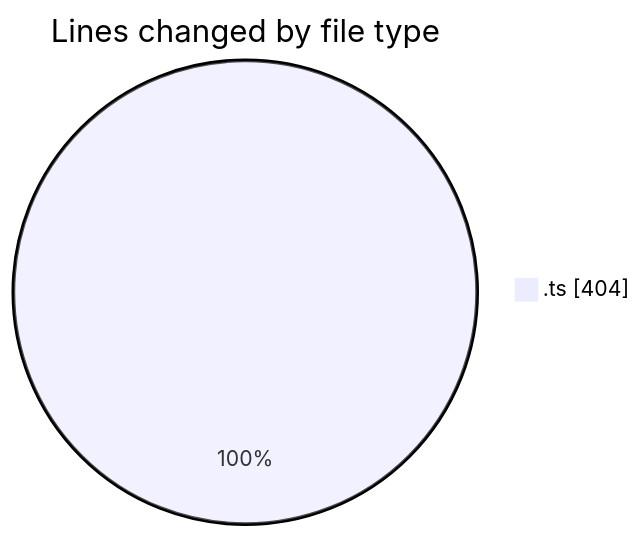
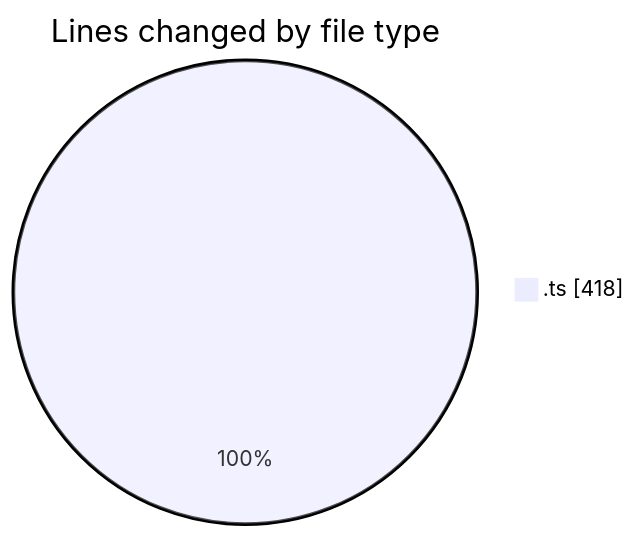
The first of 2 diagrams in 2025-08-01/cda/README.md (momahboobian/code-tracking), drawn with Mermaid before and after one commit. The commit also changed other lines of this file and 1 other file, not shown here.

````diff
--- a/2025-08-01/cda/README.md
+++ b/2025-08-01/cda/README.md
@@ -20,5 +20,5 @@
 ```mermaid
 pie showData
 title Lines changed by file type
-".ts" : 404
+".ts" : 418
 ```
````
